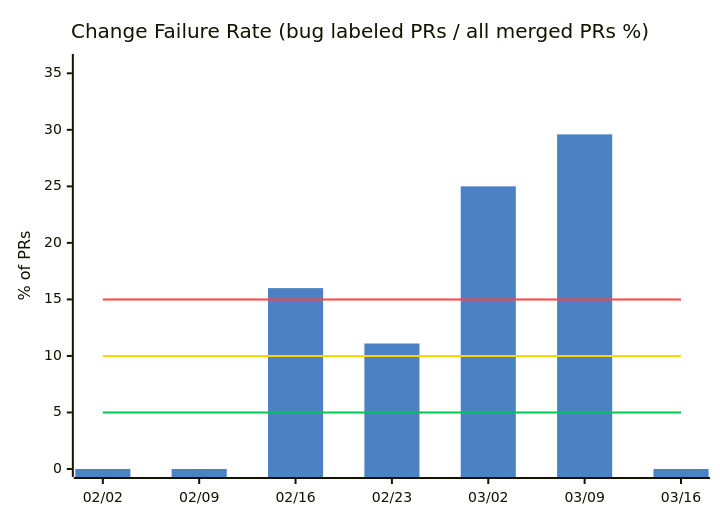
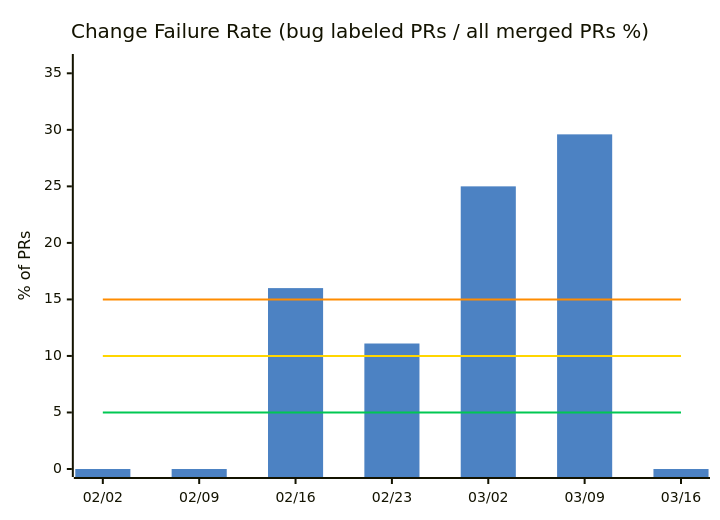
The third of 11 diagrams in docs/metrics.md (nablarch/nabledge-dev), drawn with Mermaid before and after one commit. The commit also changed other lines of this file, not shown here.

````diff
--- a/docs/metrics.md
+++ b/docs/metrics.md
@@ -64,11 +33,11 @@
 ```mermaid
-%%{init: {'theme': 'base', 'themeVariables': {'xyChart': {'plotColorPalette': '#4C82C3,#00C853,#FFD600,#FF4444'}}}}%%
+%%{init: {'theme': 'base', 'themeVariables': {'xyChart': {'plotColorPalette': '#4C82C3,#00C853,#FFD600,#FF8C00'}}}}%%
 xychart-beta
   title "Change Failure Rate (bug labeled PRs / all merged PRs %)"
   x-axis ["02/02", "02/09", "02/16", "02/23", "03/02", "03/09", "03/16"]
   y-axis "% of PRs" 0 --> 36
   bar [0, 0, 16, 11.1, 25, 29.6, 0]
   line [5, 5, 5, 5, 5, 5, 5]
   line [10, 10, 10, 10, 10, 10, 10]
   line [15, 15, 15, 15, 15, 15, 15]
 ```
````
